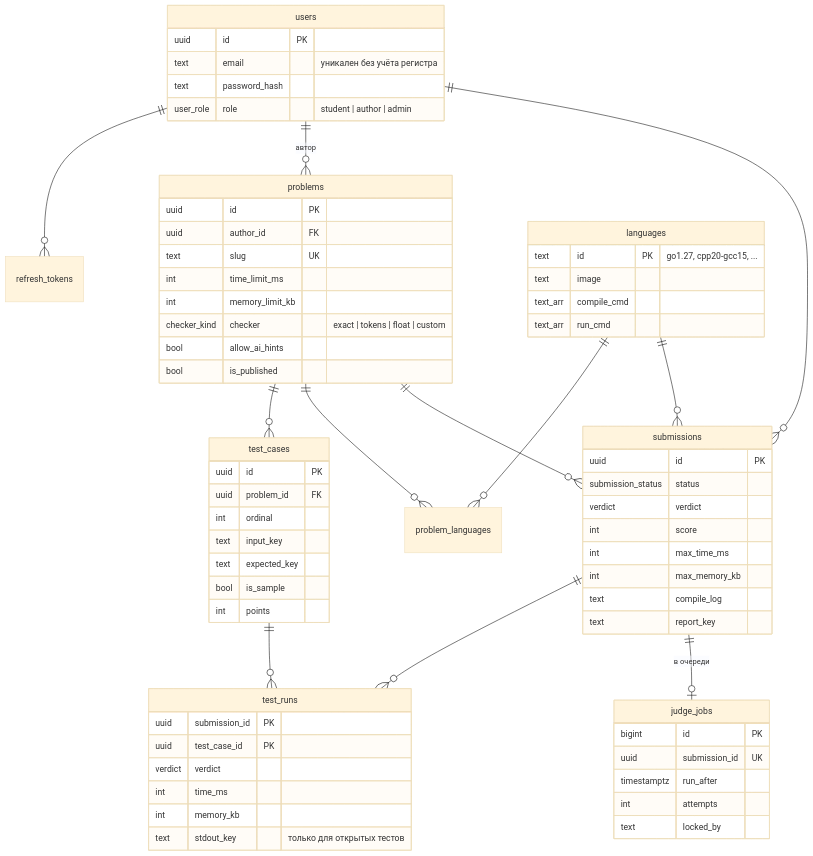
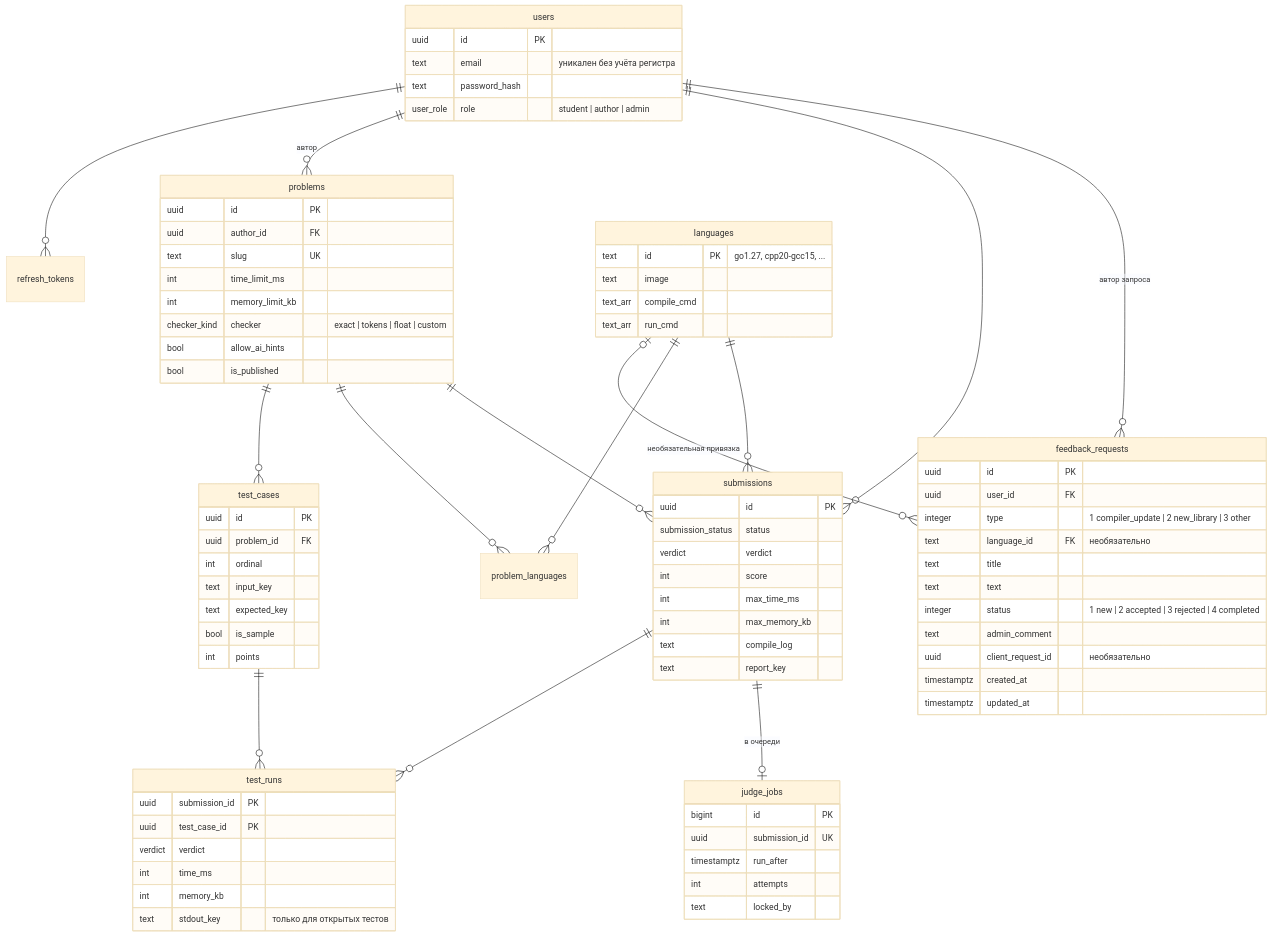
The second of 2 diagrams in docs/database.md (autocheck-team/backend), drawn with Mermaid (base theme) before and after one commit. The commit also changed other lines of this file and 21 other files, not shown here.

````diff
--- a/docs/database.md
+++ b/docs/database.md
@@ -31,6 +31,8 @@
     users ||--o{ refresh_tokens : ""
     users ||--o{ problems : "автор"
     users ||--o{ submissions : ""
+    users ||--o{ feedback_requests : "автор запроса"
+    languages |o--o{ feedback_requests : "необязательная привязка"
     problems ||--o{ test_cases : ""
     problems ||--o{ problem_languages : ""
     languages ||--o{ problem_languages : ""
@@ -96,4 +98,17 @@
         int attempts
         text locked_by
     }
+    feedback_requests {
+        uuid id PK
+        uuid user_id FK
+        integer type "1 compiler_update | 2 new_library | 3 other"
+        text language_id FK "необязательно"
+        text title
+        text text
+        integer status "1 new | 2 accepted | 3 rejected | 4 completed"
+        text admin_comment
+        uuid client_request_id "необязательно"
+        timestamptz created_at
+        timestamptz updated_at
+    }
 ```
````
